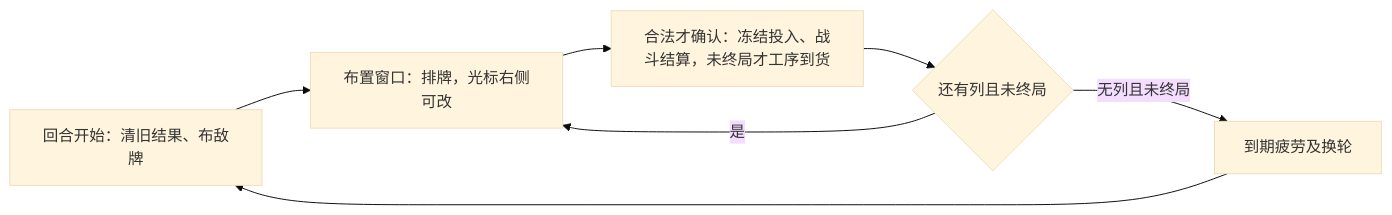
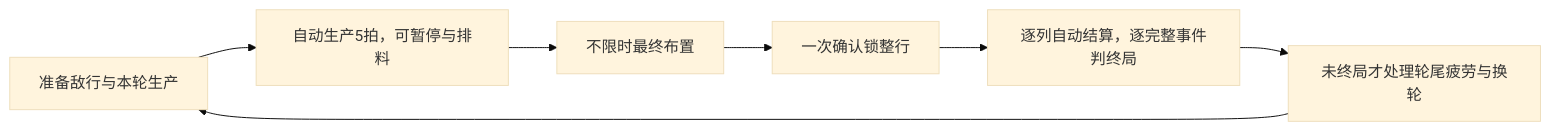
One commit to dsaj4/game_design changed the diagram in yanzhou/design/GDD.md. Above: the diagram before and after it, drawn with Mermaid (base theme). The commit also changed other lines of this file and 63 other files, not shown here.

```diff
--- a/yanzhou/design/GDD.md
+++ b/yanzhou/design/GDD.md
@@ -19,9 +21,9 @@
 ~~~mermaid
 flowchart LR
-  A[回合开始：清旧结果、布敌牌] --> B[布置窗口：排牌，光标右侧可改]
-  B --> C[合法才确认：冻结投入、战斗结算，未终局才工序到货]
-  C --> D{还有列且未终局}
-  D -->|是| B
-  D -->|无列且未终局| E[到期疲劳及换轮]
-  E --> A
+  A[准备敌行与本轮生产] --> B[自动生产5拍，可暂停与排料]
+  B --> C[不限时最终布置]
+  C --> D[一次确认锁整行]
+  D --> E[逐列自动结算，逐完整事件判终局]
+  E --> F[未终局才处理轮尾疲劳与换轮]
+  F --> A
 ~~~
```
